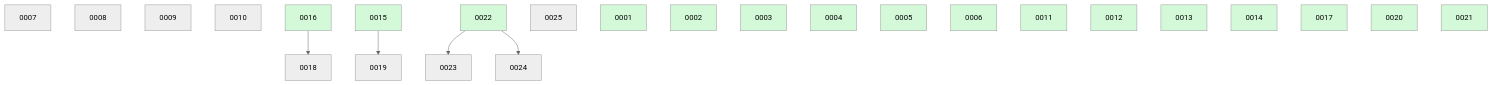
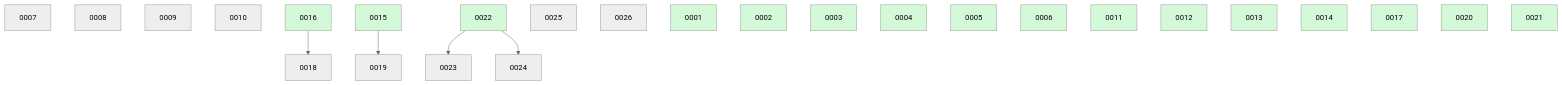
The diagram in docs/changes/BOARD.md (danielhanold/docket), drawn with Mermaid (neutral theme) before and after one commit. The commit also changed other lines of this file, not shown here.

````diff
--- a/docs/changes/BOARD.md
+++ b/docs/changes/BOARD.md
@@ -19,29 +20,30 @@
 ```mermaid
 graph TD
   0007
   0008
   0009
   0010
   0016 --> 0018
   0015 --> 0019
   0022 --> 0023
   0022 --> 0024
   0025
+  0026
   0001:::done
   0002:::done
   0003:::done
   0004:::done
   0005:::done
   0006:::done
   0011:::done
   0012:::done
   0013:::done
   0014:::done
   0015:::done
   0016:::done
   0017:::done
   0020:::done
   0021:::done
   0022:::done
   classDef done fill:#d3f9d8;
 ```
````
